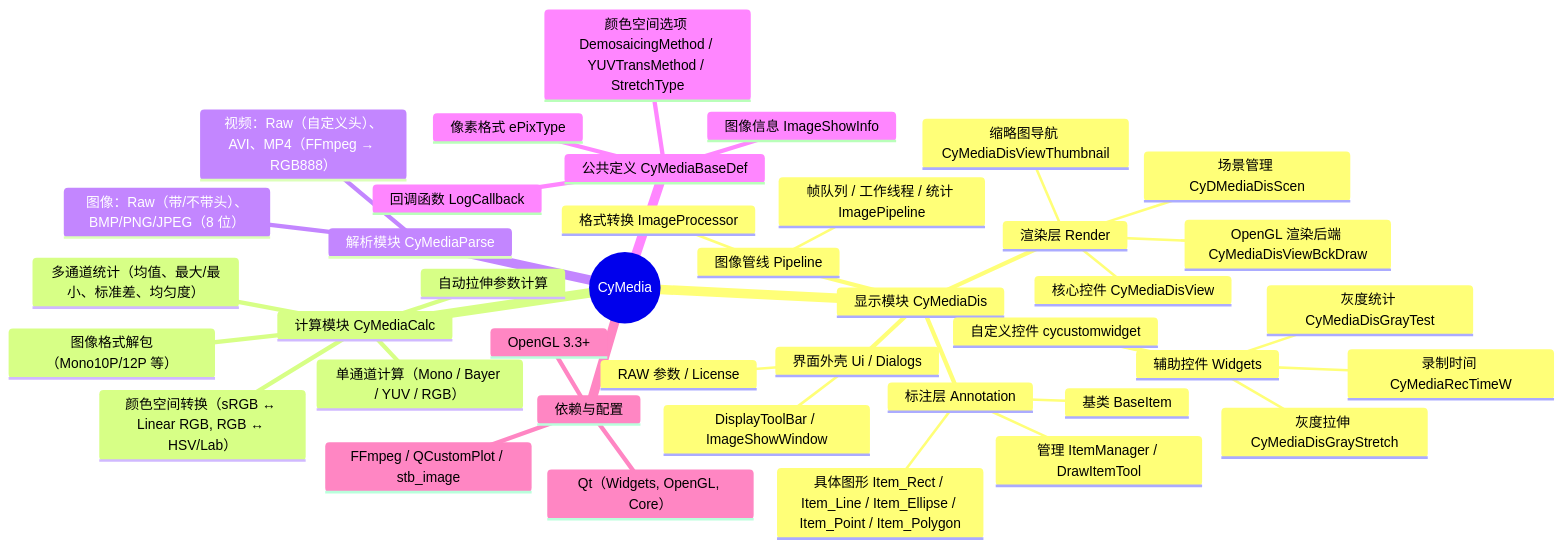
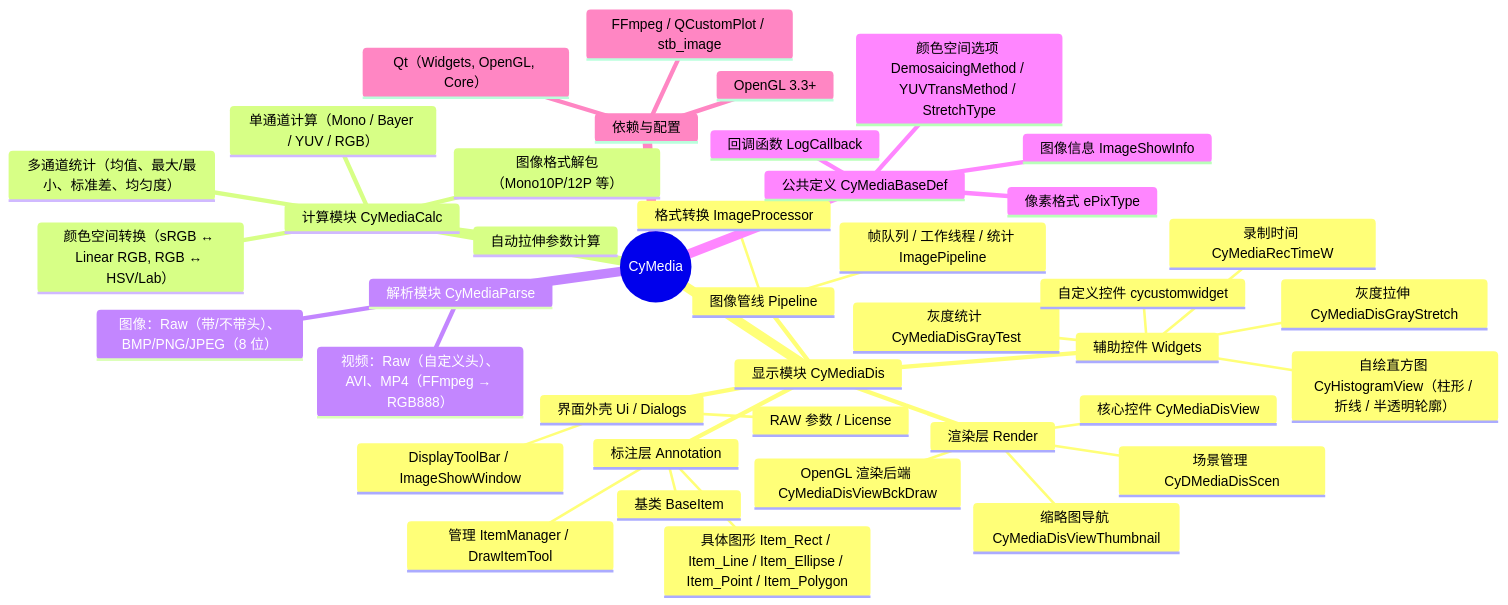
One commit to superl-github/industrial-image-viewer-qt-opengl changed the diagram in README.md. Above: the diagram before and after it, drawn with Mermaid. The commit also changed other lines of this file and 38 other files, not shown here.

````diff
--- a/README.md
+++ b/README.md
@@ -46,47 +46,48 @@
 ```mermaid
 mindmap
   root((CyMedia))
     显示模块 CyMediaDis
       ::: 门面 + UI 适配
       图像管线 Pipeline
         帧队列 / 工作线程 / 统计 ImagePipeline
         格式转换 ImageProcessor
       渲染层 Render
         核心控件 CyMediaDisView
         OpenGL 渲染后端 CyMediaDisViewBckDraw
         缩略图导航 CyMediaDisViewThumbnail
         场景管理 CyDMediaDisScen
       标注层 Annotation
         基类 BaseItem
         具体图形 Item_Rect / Item_Line / Item_Ellipse / Item_Point / Item_Polygon
         管理 ItemManager / DrawItemTool
       辅助控件 Widgets
+        自绘直方图 CyHistogramView（柱形 / 折线 / 半透明轮廓）
         灰度拉伸 CyMediaDisGrayStretch
         灰度统计 CyMediaDisGrayTest
         录制时间 CyMediaRecTimeW
         自定义控件 cycustomwidget
       界面外壳 Ui / Dialogs
         DisplayToolBar / ImageShowWindow
         RAW 参数 / License
     计算模块 CyMediaCalc
       ::: 直方图、拉伸参数、颜色转换
       单通道计算（Mono / Bayer / YUV / RGB）
       多通道统计（均值、最大/最小、标准差、均匀度）
       自动拉伸参数计算
       颜色空间转换（sRGB ↔ Linear RGB, RGB ↔ HSV/Lab）
       图像格式解包（Mono10P/12P 等）
     解析模块 CyMediaParse
       ::: 文件读写
       图像：Raw（带/不带头）、BMP/PNG/JPEG（8 位）
       视频：Raw（自定义头）、AVI、MP4（FFmpeg → RGB888）
     公共定义 CyMediaBaseDef
       ::: 枚举、结构、回调
       像素格式 ePixType
       图像信息 ImageShowInfo
       颜色空间选项 DemosaicingMethod / YUVTransMethod / StretchType
       回调函数 LogCallback
     依赖与配置
       Qt（Widgets, OpenGL, Core）
       OpenGL 3.3+
       FFmpeg / QCustomPlot / stb_image
 ```
````
